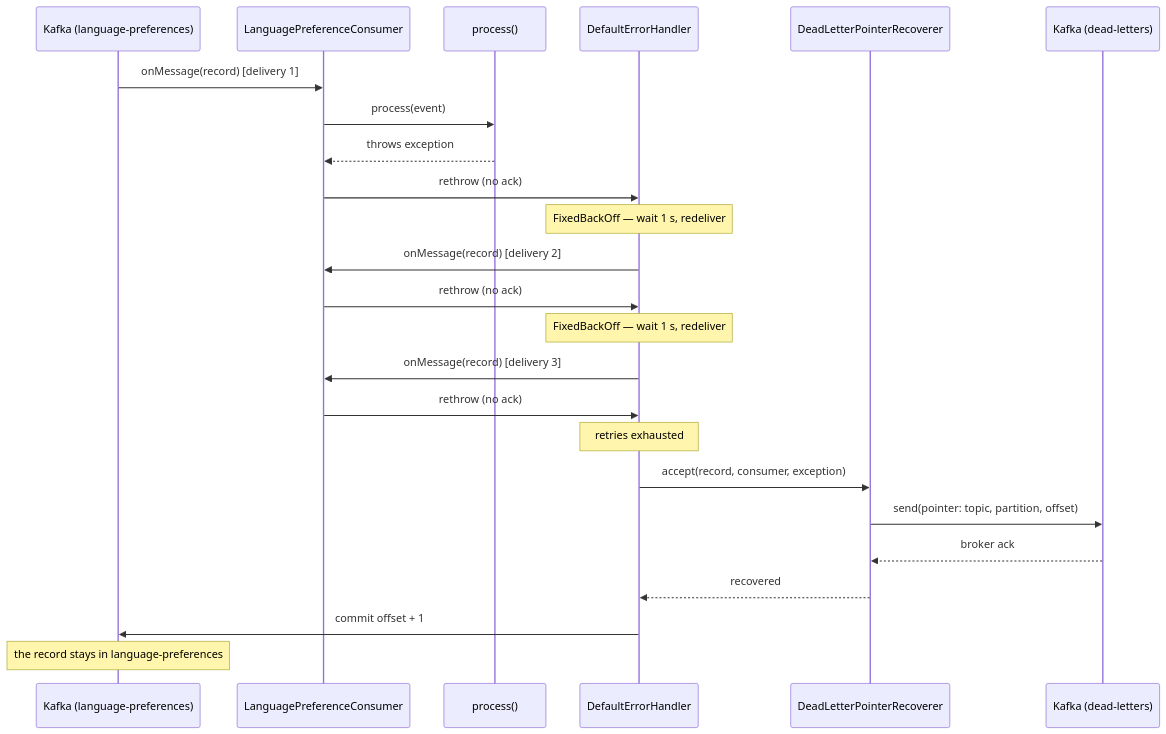
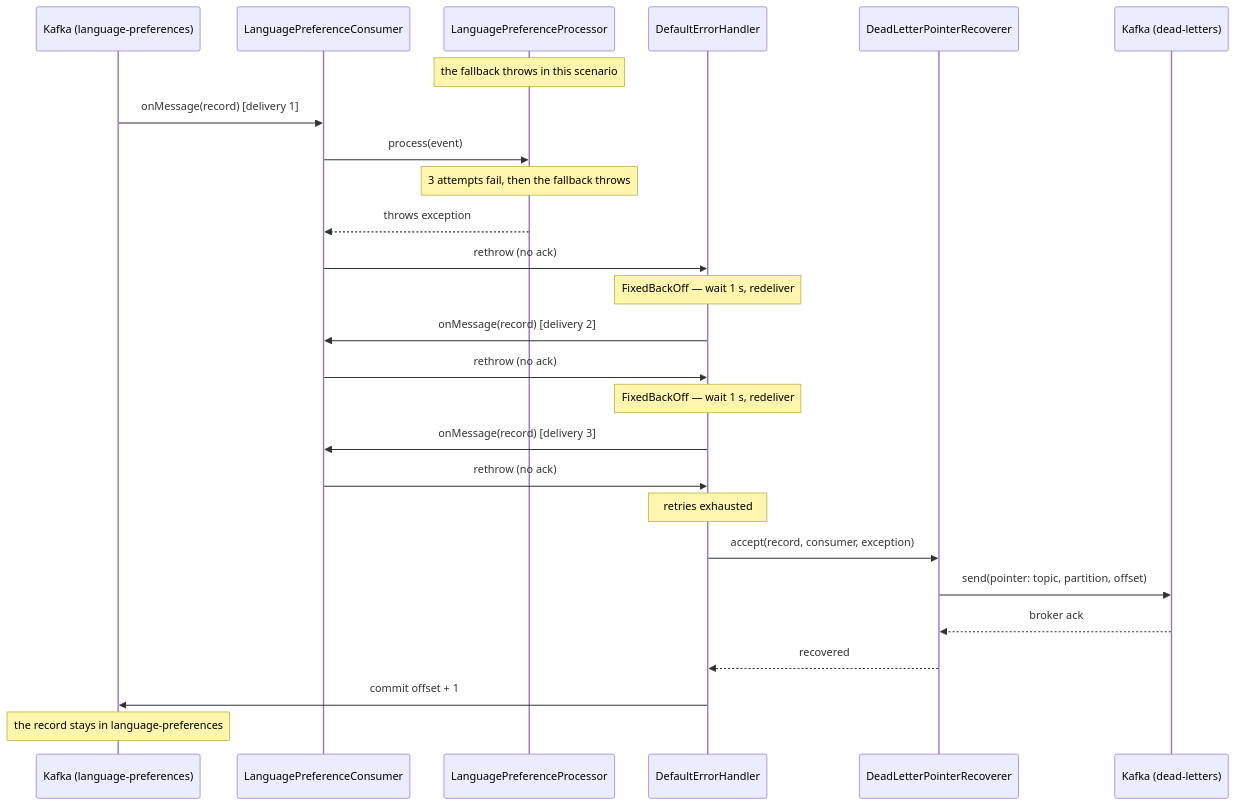
The third of 4 diagrams in README.md (bhanafee/KafkaGuaranteesLab), drawn with Mermaid before and after one commit. The commit also changed other lines of this file and 9 other files, not shown here.

````diff
--- a/README.md
+++ b/README.md
@@ -254,27 +260,29 @@
 ```mermaid
 sequenceDiagram
     participant K as Kafka (language-preferences)
     participant Cons as LanguagePreferenceConsumer
-    participant Proc as process()
+    participant Proc as LanguagePreferenceProcessor
     participant EH as DefaultErrorHandler
     participant Rec as DeadLetterPointerRecoverer
     participant DLT as Kafka (dead-letters)
 
+    Note over Proc: the fallback throws in this scenario
     K->>Cons: onMessage(record) [delivery 1]
     Cons->>Proc: process(event)
+    Note over Proc: 3 attempts fail, then the fallback throws
     Proc-->>Cons: throws exception
     Cons->>EH: rethrow (no ack)
     Note over EH: FixedBackOff — wait 1 s, redeliver
     EH->>Cons: onMessage(record) [delivery 2]
     Cons->>EH: rethrow (no ack)
     Note over EH: FixedBackOff — wait 1 s, redeliver
     EH->>Cons: onMessage(record) [delivery 3]
     Cons->>EH: rethrow (no ack)
     Note over EH: retries exhausted
     EH->>Rec: accept(record, consumer, exception)
     Rec->>DLT: send(pointer: topic, partition, offset)
     DLT-->>Rec: broker ack
     Rec-->>EH: recovered
     EH->>K: commit offset + 1
     Note over K: the record stays in language-preferences
 ```
````
